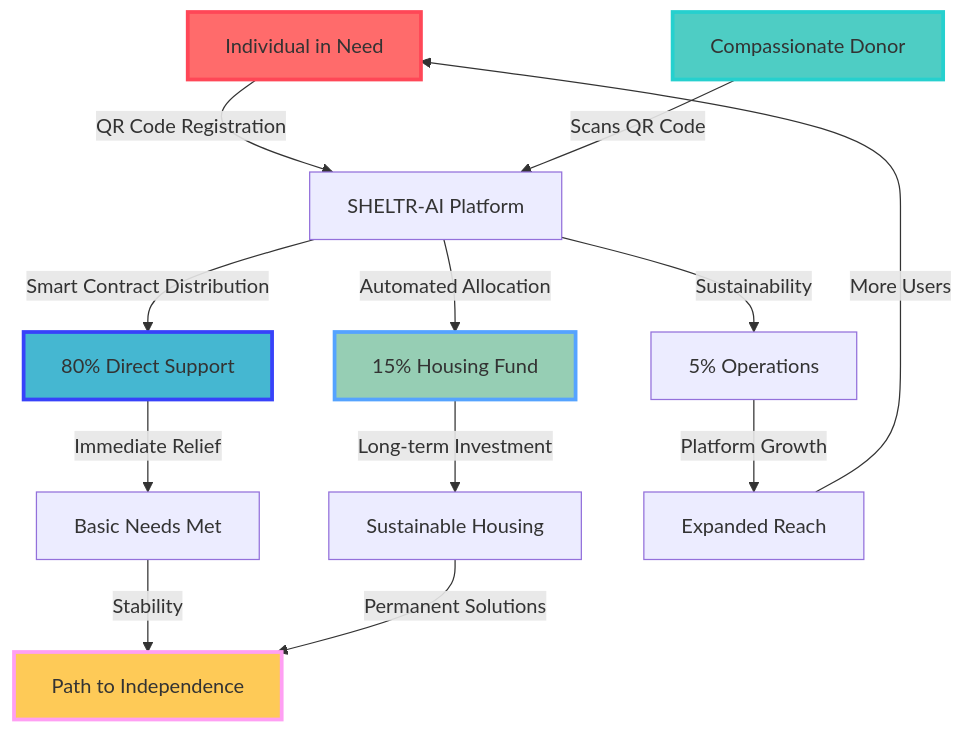
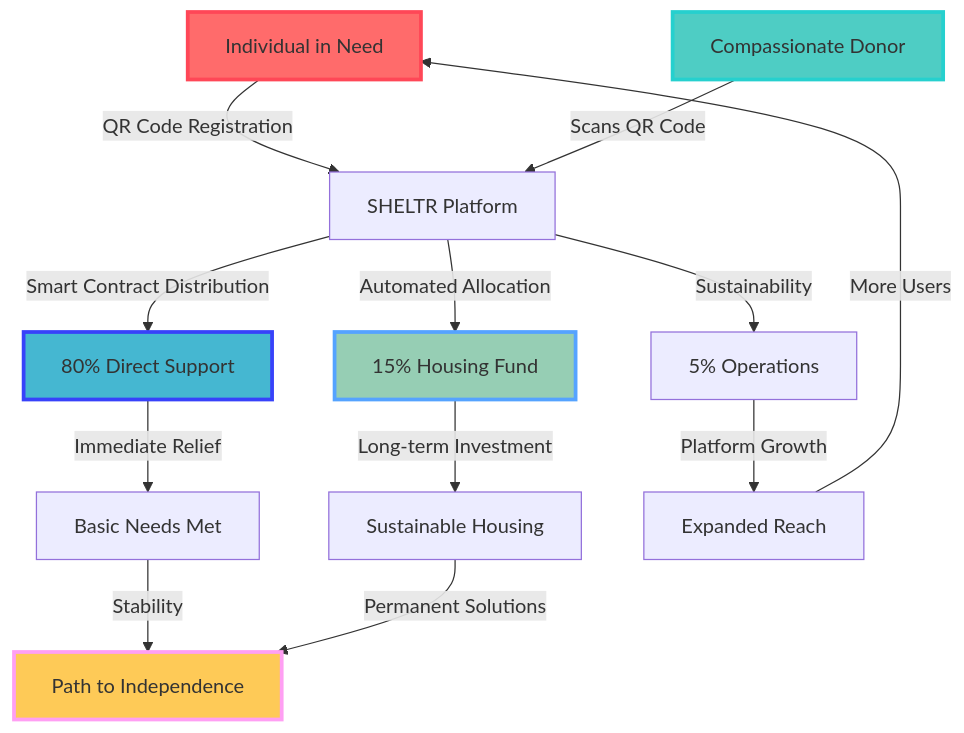
Before and after one commit to mrj0nesmtl/sheltr-ai: the diagram in docs/01-overview/README.md, drawn with Mermaid. The commit also changed other lines of this file and 31 other files, not shown here.

````diff
--- a/docs/01-overview/README.md
+++ b/docs/01-overview/README.md
@@ -91,22 +91,22 @@
 ```mermaid
 graph TD
-    A[Individual in Need] -->|QR Code Registration| B[SHELTR-AI Platform]
+    A[Individual in Need] -->|QR Code Registration| B[SHELTR Platform]
     C[Compassionate Donor] -->|Scans QR Code| B
     B -->|Smart Contract Distribution| D[80% Direct Support]
     B -->|Automated Allocation| E[15% Housing Fund]
     B -->|Sustainability| F[5% Operations]
     
     D -->|Immediate Relief| G[Basic Needs Met]
     E -->|Long-term Investment| H[Sustainable Housing]
     F -->|Platform Growth| I[Expanded Reach]
     
     G -->|Stability| J[Path to Independence]
     H -->|Permanent Solutions| J
     I -->|More Users| A
     
     style A fill:#ff6b6b,stroke:#ff4757,stroke-width:3px
     style C fill:#4ecdc4,stroke:#26d0ce,stroke-width:3px
     style D fill:#45b7d1,stroke:#3742fa,stroke-width:3px
     style E fill:#96ceb4,stroke:#55a3ff,stroke-width:3px
     style J fill:#feca57,stroke:#ff9ff3,stroke-width:3px
 ```
````
